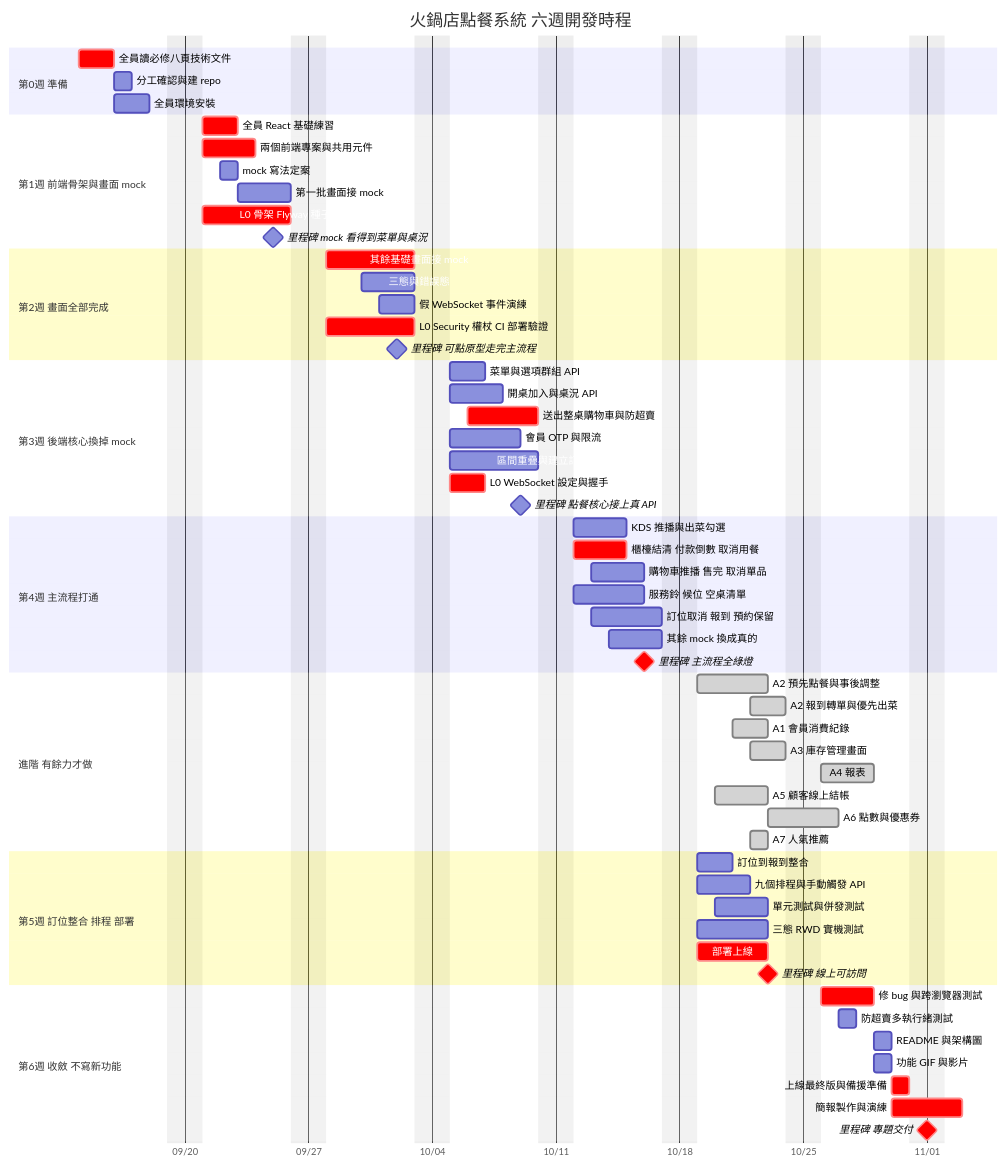
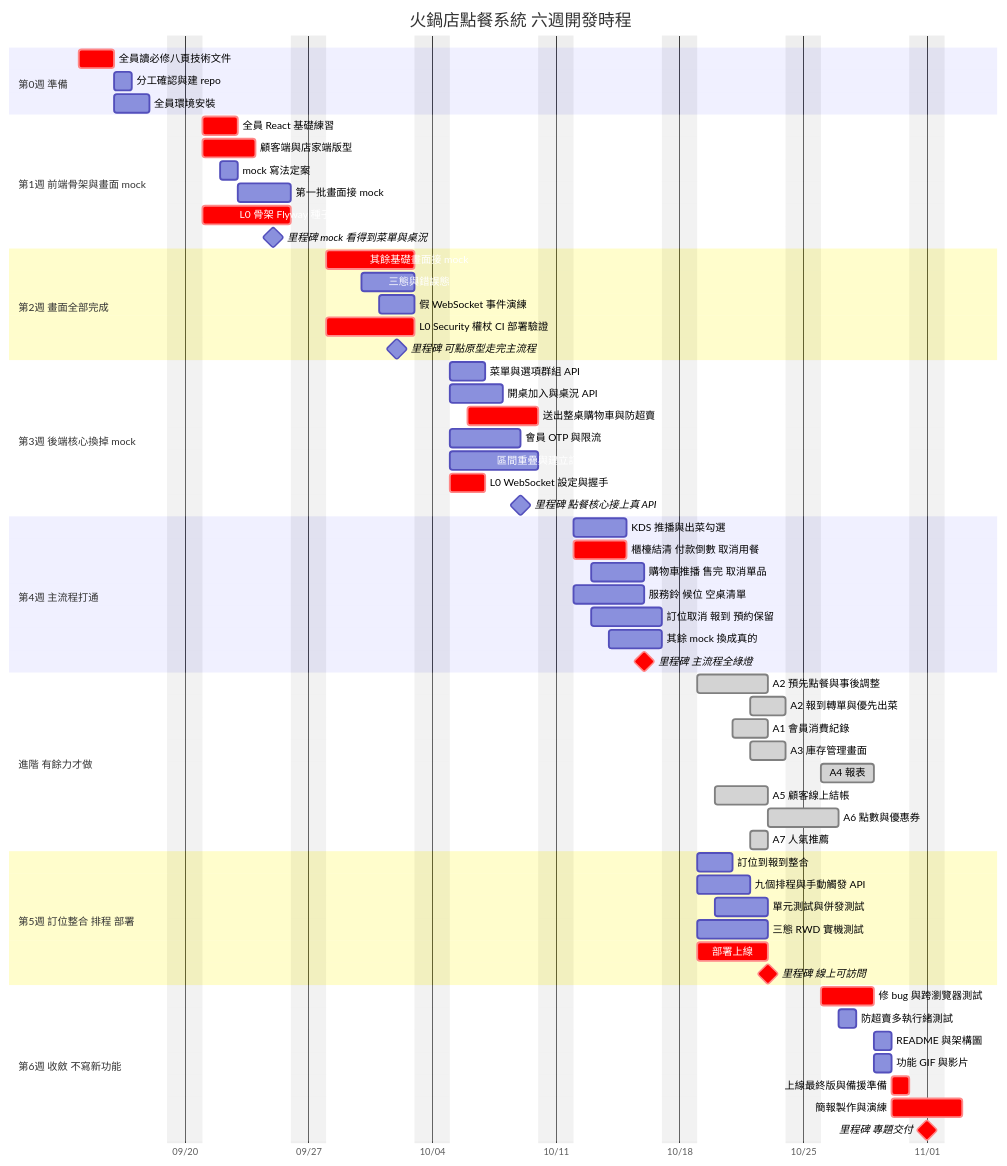
The fifth of 16 diagrams in docs/spec/06-圖表總覽.md (harry-wann/smart-order), drawn with Mermaid before and after one commit. The commit also changed other lines of this file and 35 other files, not shown here.

````diff
--- a/docs/spec/06-圖表總覽.md
+++ b/docs/spec/06-圖表總覽.md
@@ -292,72 +291,72 @@
 ```mermaid
 gantt
     title 火鍋店點餐系統 六週開發時程
     dateFormat YYYY-MM-DD
     axisFormat %m/%d
     excludes weekends
 
     section 第0週 準備
     全員讀必修八頁技術文件  :crit, d0, 2026-09-14, 2d
     分工確認與建 repo       :a0, 2026-09-16, 1d
     全員環境安裝            :a1, 2026-09-16, 2d
 
     section 第1週 前端骨架與畫面 mock
     全員 React 基礎練習      :crit, b1, 2026-09-21, 2d
-    兩個前端專案與共用元件    :crit, b2, 2026-09-21, 3d
+    顧客端與店家端版型       :crit, b2, 2026-09-21, 3d
     mock 寫法定案           :b3, 2026-09-22, 1d
     第一批畫面接 mock        :b4, 2026-09-23, 3d
     L0 骨架 Flyway 種子資料  :crit, b5, 2026-09-21, 5d
     里程碑 mock 看得到菜單與桌況 :milestone, m1, 2026-09-25, 0d
 
     section 第2週 畫面全部完成
     其餘基礎畫面接 mock       :crit, c1, 2026-09-28, 5d
     三態與錯誤態             :c2, 2026-09-30, 3d
     假 WebSocket 事件演練     :c3, 2026-10-01, 2d
     L0 Security 權杖 CI 部署驗證 :crit, c4, 2026-09-28, 5d
     里程碑 可點原型走完主流程  :milestone, m2, 2026-10-02, 0d
 
     section 第3週 後端核心換掉 mock
     菜單與選項群組 API        :e1, 2026-10-05, 2d
     開桌加入與桌況 API        :e2, 2026-10-05, 3d
     送出整桌購物車與防超賣     :crit, e3, 2026-10-06, 4d
     會員 OTP 與限流          :e4, 2026-10-05, 4d
     區間重疊與建立訂位        :e5, 2026-10-05, 5d
     L0 WebSocket 設定與握手   :crit, e6, 2026-10-05, 2d
     里程碑 點餐核心接上真 API  :milestone, m3, 2026-10-09, 0d
 
     section 第4週 主流程打通
     KDS 推播與出菜勾選        :f1, 2026-10-12, 3d
     櫃檯結清 付款倒數 取消用餐 :crit, f2, 2026-10-12, 3d
     購物車推播 售完 取消單品   :f3, 2026-10-13, 3d
     服務鈴 候位 空桌清單      :f4, 2026-10-12, 4d
     訂位取消 報到 預約保留     :f5, 2026-10-13, 4d
     其餘 mock 換成真的        :f6, 2026-10-14, 3d
     里程碑 主流程全綠燈       :crit, milestone, m4, 2026-10-16, 0d
 
     section 進階 有餘力才做
     A2 預先點餐與事後調整     :done, x1, 2026-10-19, 4d
     A2 報到轉單與優先出菜     :done, x2, 2026-10-22, 2d
     A1 會員消費紀錄          :done, x3, 2026-10-21, 2d
     A3 庫存管理畫面          :done, x5, 2026-10-22, 2d
     A4 報表                 :done, x6, 2026-10-26, 3d
     A5 顧客線上結帳          :done, x7, 2026-10-20, 3d
     A6 點數與優惠券          :done, x8, 2026-10-23, 2d
     A7 人氣推薦             :done, x9, 2026-10-22, 1d
 
     section 第5週 訂位整合 排程 部署
     訂位到報到整合           :g1, 2026-10-19, 2d
     九個排程與手動觸發 API    :g2, 2026-10-19, 3d
     單元測試與併發測試        :g3, 2026-10-20, 3d
     三態 RWD 實機測試        :g4, 2026-10-19, 4d
     部署上線                :crit, g5, 2026-10-19, 4d
     里程碑 線上可訪問        :crit, milestone, m5, 2026-10-23, 0d
 
     section 第6週 收斂 不寫新功能
     修 bug 與跨瀏覽器測試     :crit, h1, 2026-10-26, 3d
     防超賣多執行緒測試       :h6, 2026-10-27, 1d
     README 與架構圖         :h2, 2026-10-29, 1d
     功能 GIF 與影片         :h3, 2026-10-29, 1d
     上線最終版與備援準備      :crit, h4, 2026-10-30, 1d
     簡報製作與演練          :crit, h5, 2026-10-30, 2d
     里程碑 專題交付         :crit, milestone, m6, 2026-11-01, 0d
 ```
````
